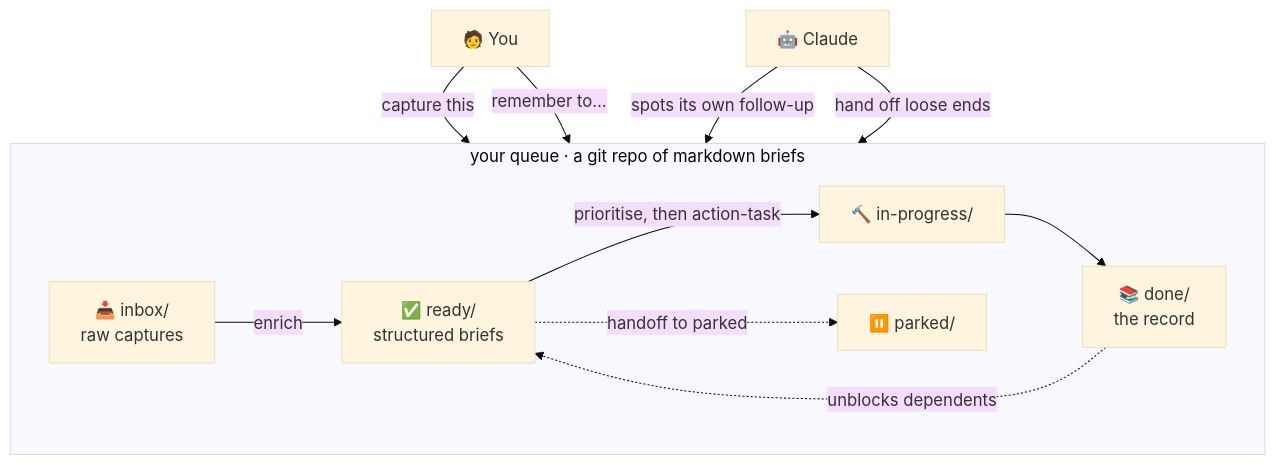
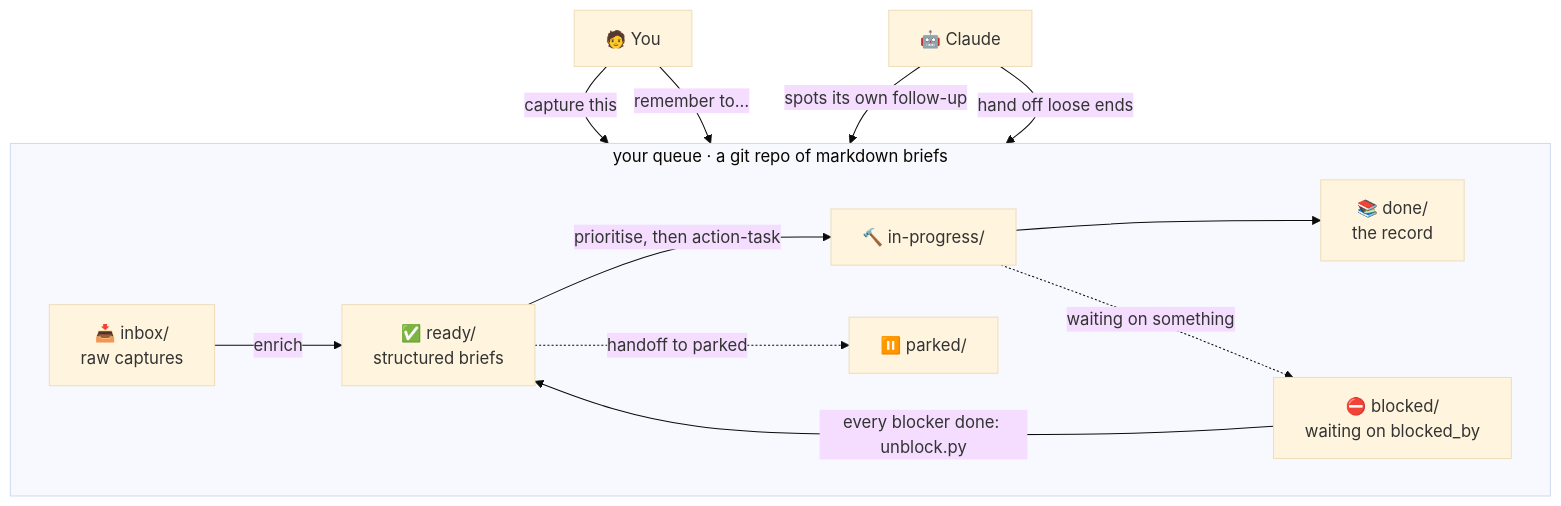
Before and after one commit to kmmwren/claude-tasks: the diagram in README.md, drawn with Mermaid (base theme). The commit also changed other lines of this file and 22 other files, not shown here.

First line of the commit message:
Add blocked state, unblock, dependency check and optional project-owned milestones (#14)

````diff
--- a/README.md
+++ b/README.md
@@ -18,25 +18,27 @@
 ```mermaid
 flowchart TD
     you["🧑 You"]
     claude["🤖 Claude"]
 
     subgraph queue["your queue · a git repo of markdown briefs"]
         direction LR
         inbox["📥 inbox/<br/>raw captures"]
         ready["✅ ready/<br/>structured briefs"]
         inprog["🔨 in-progress/"]
         done["📚 done/<br/>the record"]
+        blocked["⛔ blocked/<br/>waiting on blocked_by"]
         parked["⏸️ parked/"]
     end
 
     you -->|capture this| inbox
     you -->|remember to…| ready
     claude -->|spots its own follow-up| ready
     claude -->|hand off loose ends| inbox
 
     inbox -->|enrich| ready
     ready -->|prioritise, then action-task| inprog
     inprog --> done
     ready -.->|handoff to parked| parked
-    done -.->|unblocks dependents| ready
+    inprog -.->|waiting on something| blocked
+    blocked -->|every blocker done: unblock.py| ready
 ```
````
